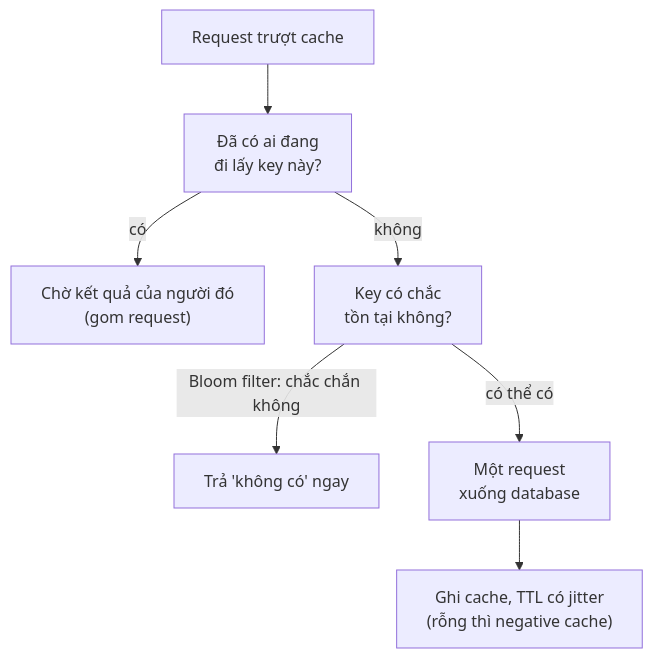
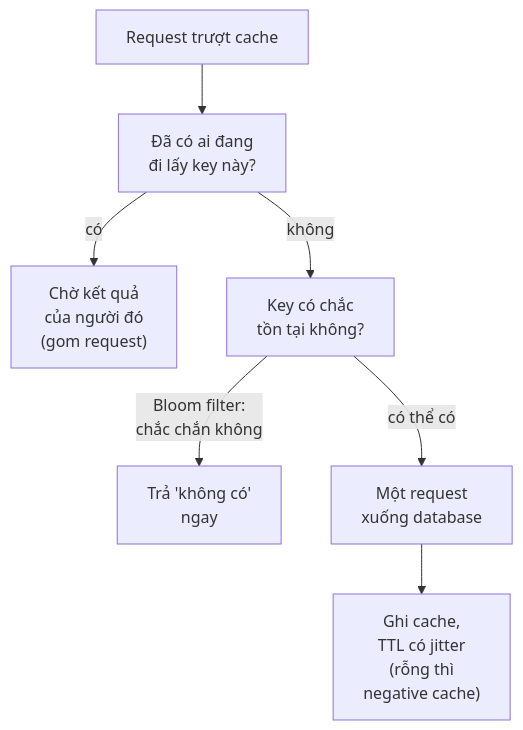
The diagram in content/posts/2026-11-22-caching-under-load.md (duongbui234/software-engineering-atlas), drawn with Mermaid before and after one commit. The commit also changed 134 other files, not shown here.

First line of the commit message:
Fit every Mermaid diagram at 390px without sideways scroll (#56)

````diff
--- a/content/posts/2026-11-22-caching-under-load.md
+++ b/content/posts/2026-11-22-caching-under-load.md
@@ -53,9 +53,9 @@
 ```mermaid
 flowchart TB
     S["Request trượt cache"] --> Q1["Đã có ai đang<br/>đi lấy key này?"]
-    Q1 -->|"có"| W["Chờ kết quả của người đó<br/>(gom request)"]
+    Q1 -->|"có"| W["Chờ kết quả<br/>của người đó<br/>(gom request)"]
     Q1 -->|"không"| Q2["Key có chắc<br/>tồn tại không?"]
-    Q2 -->|"Bloom filter: chắc chắn không"| N["Trả 'không có' ngay"]
+    Q2 -->|"Bloom filter:<br/>chắc chắn không"| N["Trả 'không có'<br/>ngay"]
     Q2 -->|"có thể có"| D["Một request<br/>xuống database"]
-    D --> C["Ghi cache, TTL có jitter<br/>(rỗng thì negative cache)"]
+    D --> C["Ghi cache,<br/>TTL có jitter<br/>(rỗng thì<br/>negative cache)"]
 ```
````
